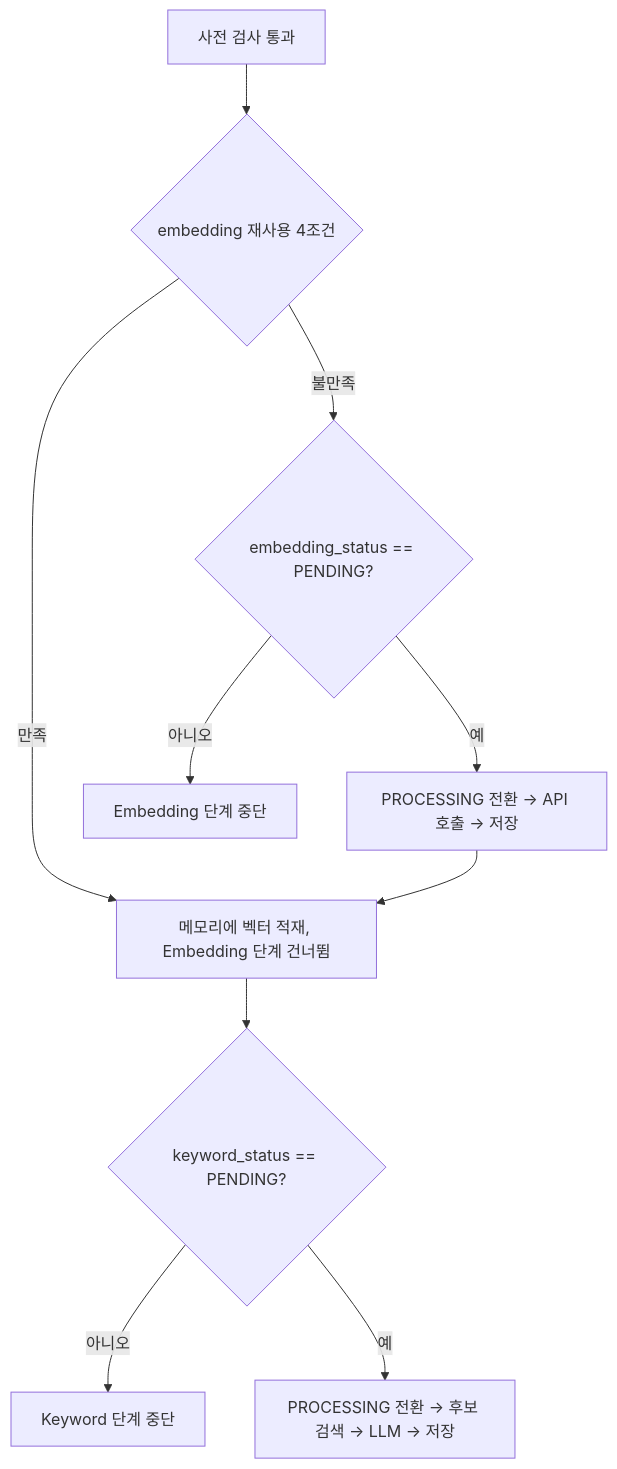
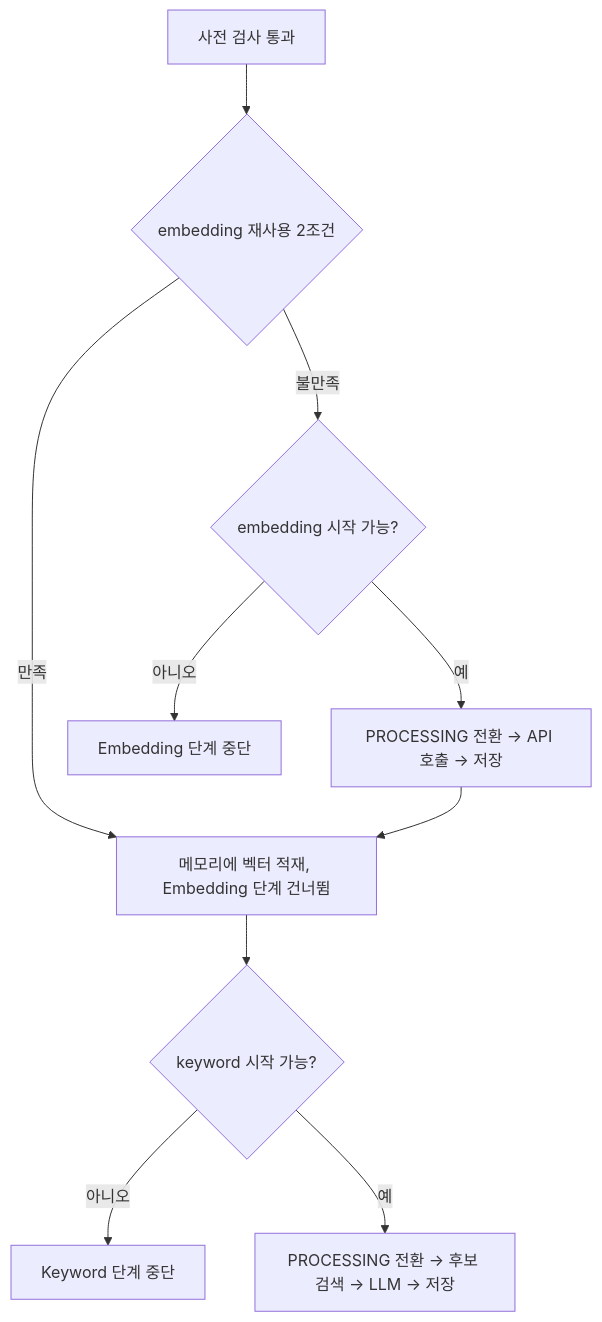
One commit to Team-PinLog/ai changed the diagram in docs/partial-resume.md. Above: the diagram before and after it, drawn with Mermaid. The commit also changed other lines of this file and 11 other files, not shown here.

````diff
--- a/docs/partial-resume.md
+++ b/docs/partial-resume.md
@@ -73,12 +70,12 @@
 ```mermaid
 flowchart TD
-    A[사전 검사 통과] --> B{embedding 재사용 4조건}
+    A[사전 검사 통과] --> B{embedding 재사용 2조건}
     B -->|만족| R[메모리에 벡터 적재, Embedding 단계 건너뜀]
-    B -->|불만족| C{embedding_status == PENDING?}
+    B -->|불만족| C{embedding 시작 가능?}
     C -->|아니오| S[Embedding 단계 중단]
     C -->|예| D[PROCESSING 전환 → API 호출 → 저장]
     D --> R
-    R --> E{keyword_status == PENDING?}
+    R --> E{keyword 시작 가능?}
     E -->|아니오| T[Keyword 단계 중단]
     E -->|예| F[PROCESSING 전환 → 후보 검색 → LLM → 저장]
 ```
````
